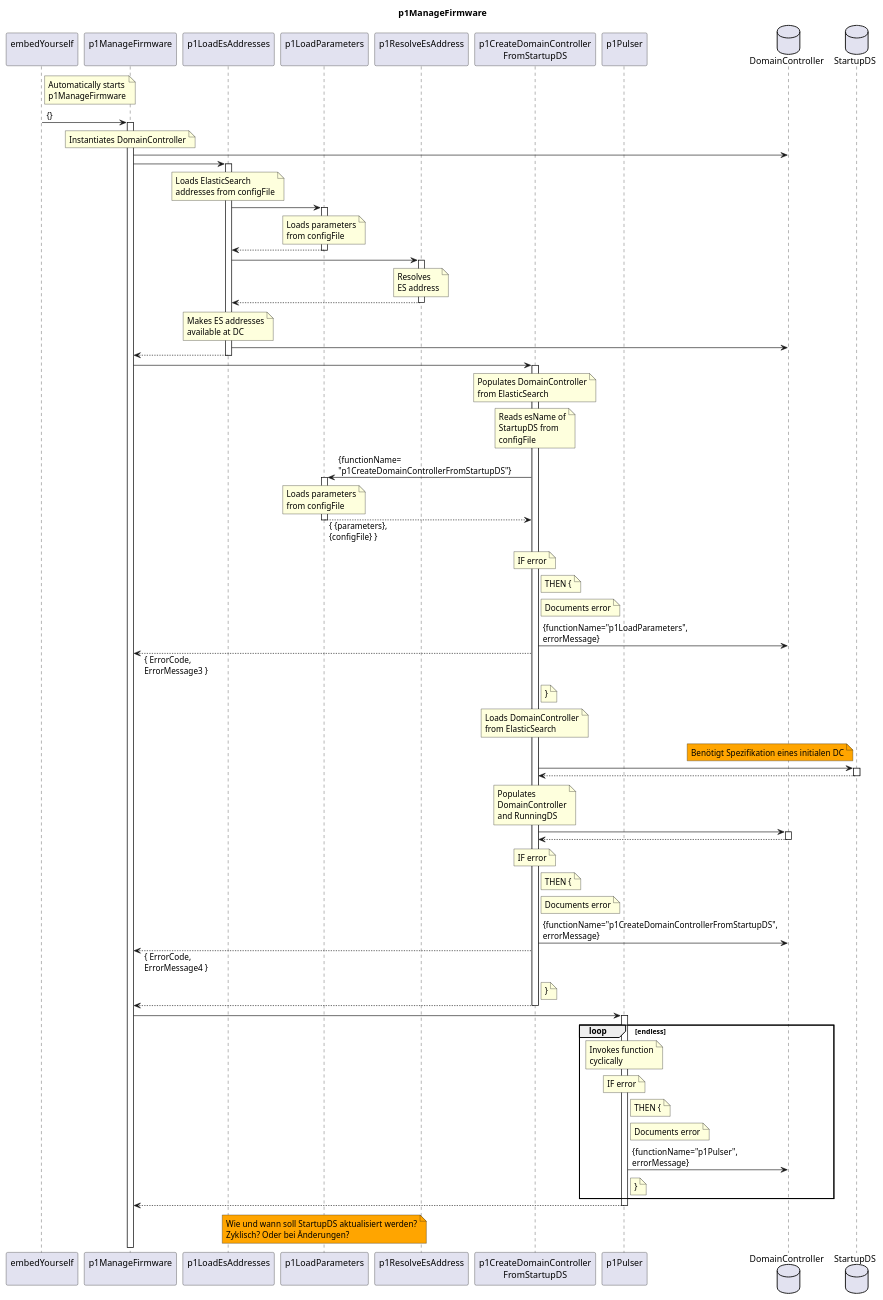
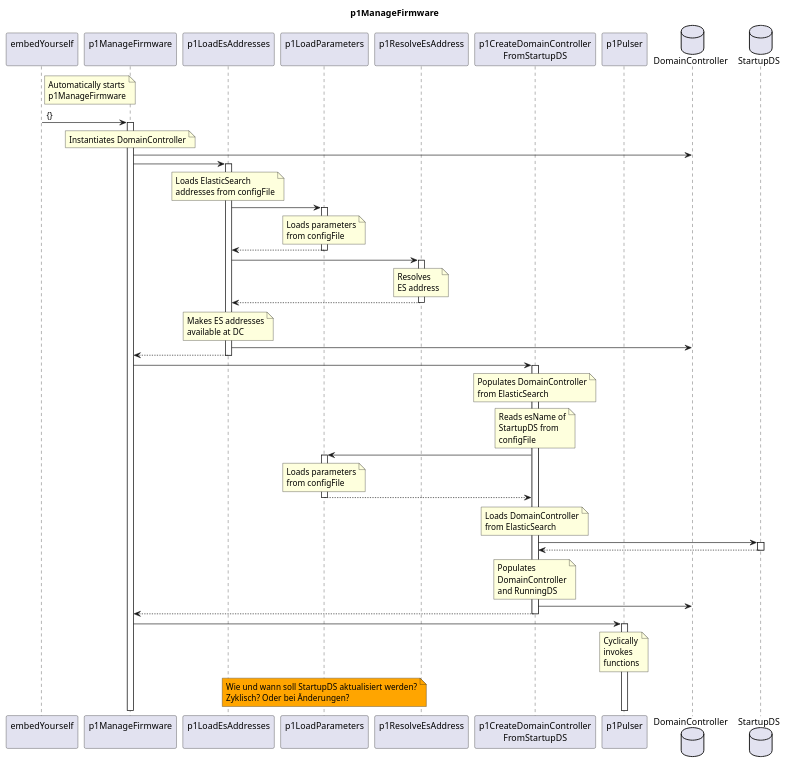
Before and after one commit to openBackhaul/FirmWareManager: the diagram in spec/Functions/Administrative/p1ManageFirmware/1.0.0/p1ManageFirmware.plantuml, drawn with PlantUML. The commit also changed 14 other files, not shown here.

Commit message:
Add p1CreateDcFromStartupDS

```diff
--- a/spec/Functions/Administrative/p1ManageFirmware/1.0.0/p1ManageFirmware.plantuml
+++ b/spec/Functions/Administrative/p1ManageFirmware/1.0.0/p1ManageFirmware.plantuml
@@ -1,162 +1,112 @@
 @startuml p1ManageFirmware
 skinparam responseMessageBelowArrow true
 
 title
   p1ManageFirmware
 end title
 
 participant "embedYourself\n" as embed
 participant "p1ManageFirmware\n" as p1ManaFw
 participant "p1LoadEsAddresses\n" as p1LEA
 participant "p1LoadParameters\n" as p1LP
 participant "p1ResolveEsAddress\n" as p1REA
 participant "p1CreateDomainController\nFromStartupDS" as p1CDCFS
 participant "p1Pulser\n" as p1Puls
 database "DomainController" as DC
 database "StartupDS" as StartDS
 
 note right embed
   Automatically starts
   p1ManageFirmware
 end note
 embed -> p1ManaFw : {}
 activate p1ManaFw
 
   note over p1ManaFw
     Instantiates DomainController
   end note
   p1ManaFw -> DC
 
   p1ManaFw -> p1LEA
   activate p1LEA
     note over p1LEA
       Loads ElasticSearch
       addresses from configFile
     end note
     p1LEA -> p1LP
     activate p1LP
       note over p1LP
         Loads parameters
         from configFile
       end note
     p1LEA <-- p1LP
     deactivate p1LP
     p1LEA -> p1REA
     activate p1REA
       note over p1REA
         Resolves
         ES address
       end note
     p1LEA <-- p1REA
     deactivate p1REA
     note over p1LEA
       Makes ES addresses
       available at DC
     end note
     p1LEA -> DC
   p1ManaFw <-- p1LEA
   deactivate p1LEA
 
   p1ManaFw -> p1CDCFS
   activate p1CDCFS
     note over p1CDCFS
       Populates DomainController
       from ElasticSearch
     end note
 
     note over p1CDCFS
       Reads esName of
       StartupDS from
       configFile
     end note
-    p1CDCFS -> p1LP : {functionName=\n"p1CreateDomainControllerFromStartupDS"}
+    p1CDCFS -> p1LP
     activate p1LP
       note over p1LP
         Loads parameters
         from configFile
       end note
-    p1CDCFS <-- p1LP : { {parameters},\n{configFile} }
+    p1CDCFS <-- p1LP
     deactivate p1LP
-    note over p1CDCFS
-      IF error
-    end note
-    note right p1CDCFS
-      THEN {
-    end note
-    note right p1CDCFS
-      Documents error
-    end note
-    p1CDCFS -> DC : {functionName="p1LoadParameters",\nerrorMessage}
-    p1ManaFw <-- p1CDCFS : { ErrorCode,\nErrorMessage3 }
-    note right p1CDCFS
-      }
-    end note
 
     note over p1CDCFS
       Loads DomainController
       from ElasticSearch
     end note
-        note left StartDS #Orange
-          Benötigt Spezifikation eines initialen DC
-        end note
     p1CDCFS -> StartDS
     activate StartDS
     p1CDCFS <-- StartDS
     deactivate StartDS
 
     note over p1CDCFS
       Populates
       DomainController
       and RunningDS
     end note
     p1CDCFS -> DC
-    activate DC
-    p1CDCFS <-- DC
-    deactivate DC
-    note over p1CDCFS
-      IF error
-    end note
-    note right p1CDCFS
-      THEN {
-    end note
-    note right p1CDCFS
-      Documents error
-    end note
-    p1CDCFS -> DC : {functionName="p1CreateDomainControllerFromStartupDS",\nerrorMessage}
-    p1ManaFw <-- p1CDCFS : { ErrorCode,\nErrorMessage4 }
-    note right p1CDCFS
-      }
-    end note
   p1ManaFw <-- p1CDCFS
   deactivate p1CDCFS
   
   p1ManaFw -> p1Puls
   activate p1Puls
-    loop endless
-      note over p1Puls
-        Invokes function
-        cyclically 
-      end note
-      note over p1Puls
-        IF error
-      end note
-      note right p1Puls
-        THEN {
-      end note
-      note right p1Puls
-        Documents error
-      end note
-      p1Puls -> DC : {functionName="p1Pulser",\nerrorMessage}
-      note right p1Puls
-        }
-      end note
-    end loop
-  p1ManaFw <-- p1Puls
-  deactivate p1Puls
+    note over p1Puls
+      Cyclically
+      invokes
+      functions
+    end note
 
   note over p1LP #Orange
     Wie und wann soll StartupDS aktualisiert werden?
     Zyklisch? Oder bei Änderungen?
   end note
 
 @enduml
```
